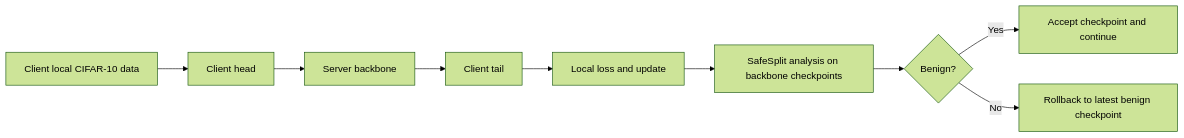
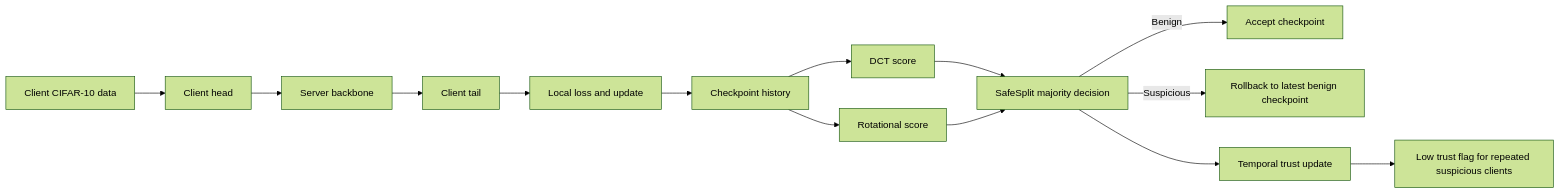
The diagram in README.md (MateoLopez00/SafeSplit_Distributed_DL), drawn with Mermaid (forest theme) before and after one commit. The commit also changed other lines of this file and 16 other files, not shown here.

Commit message:
[ADD] Add temporal trust extension for slow poisoning

````diff
--- a/README.md
+++ b/README.md
@@ -23,11 +23,16 @@
 ```mermaid
 flowchart LR
-    A[Client local CIFAR-10 data] --> B[Client head]
+    A[Client CIFAR-10 data] --> B[Client head]
     B --> C[Server backbone]
     C --> D[Client tail]
     D --> E[Local loss and update]
-    E --> F[SafeSplit analysis on backbone checkpoints]
-    F --> G{Benign?}
-    G -->|Yes| H[Accept checkpoint and continue]
-    G -->|No| I[Rollback to latest benign checkpoint]
+    E --> F[Checkpoint history]
+    F --> G[DCT score]
+    F --> H[Rotational score]
+    G --> I[SafeSplit majority decision]
+    H --> I
+    I -->|Benign| J[Accept checkpoint]
+    I -->|Suspicious| K[Rollback to latest benign checkpoint]
+    I --> L[Temporal trust update]
+    L --> M[Low trust flag for repeated suspicious clients]
 ```
````
